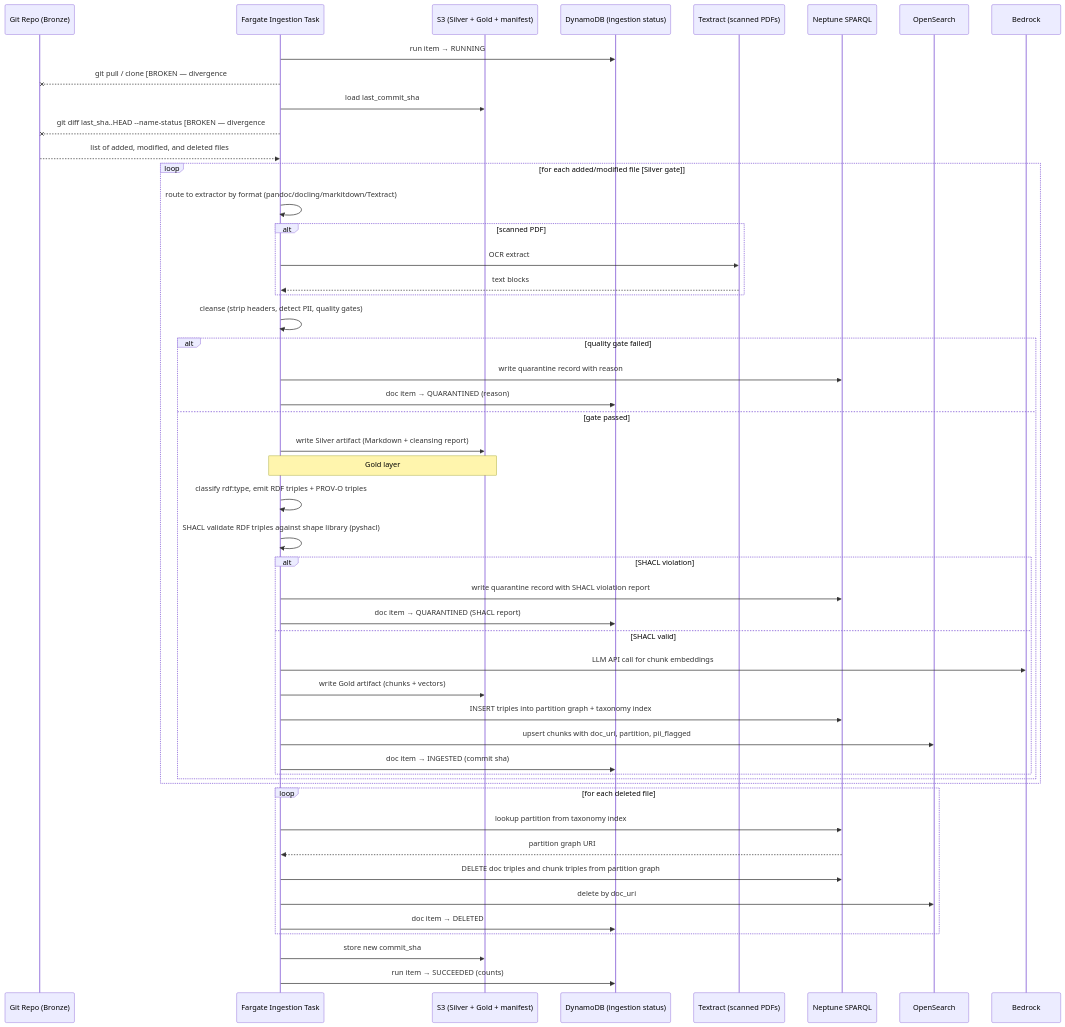
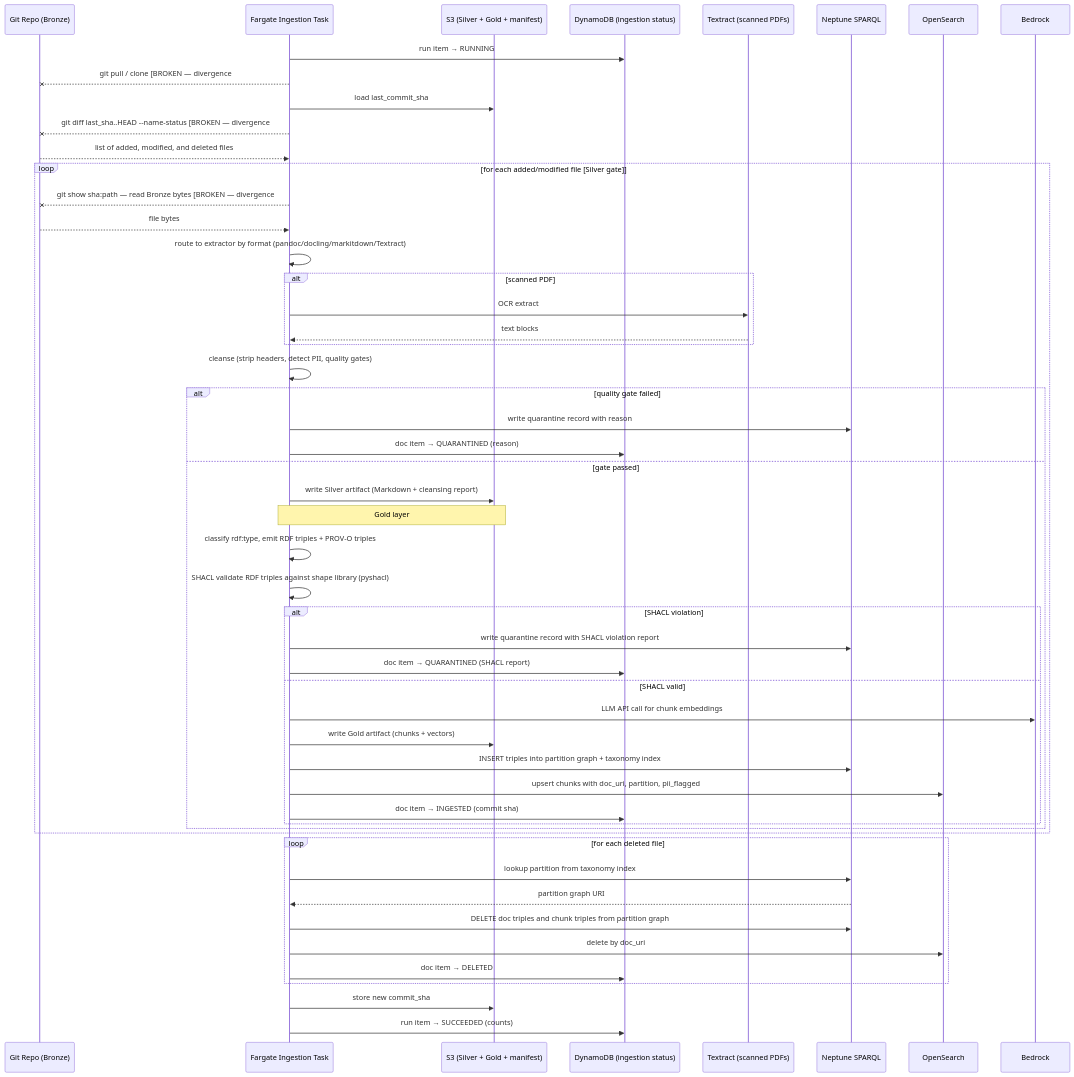
One commit to eugenelim/graphrag-aws-template changed the second of 2 diagrams in docs/architecture/biz-ops-knowledge-graph/ingestion.md. Above: the diagram before and after it, drawn with Mermaid. The commit also changed other lines of this file and 2 other files, not shown here.

````diff
--- a/docs/architecture/biz-ops-knowledge-graph/ingestion.md
+++ b/docs/architecture/biz-ops-knowledge-graph/ingestion.md
@@ -244,56 +267,58 @@
 ```mermaid
 sequenceDiagram
     participant G as Git Repo (Bronze)
     participant F as Fargate Ingestion Task
     participant S as S3 (Silver + Gold + manifest)
     participant DDB as DynamoDB (ingestion status)
     participant TX as Textract (scanned PDFs)
     participant NP as Neptune SPARQL
     participant OS as OpenSearch
     participant BD as Bedrock
 
     F->>DDB: run item → RUNNING
     F--XG: git pull / clone [BROKEN — divergence #2]
     F->>S: load last_commit_sha
-    F--XG: git diff last_sha..HEAD --name-status [BROKEN — divergence #2]
+    F--XG: git diff last_sha..HEAD --name-status [BROKEN — divergence #3]
     G-->>F: list of added, modified, and deleted files
 
     loop for each added/modified file [Silver gate]
+        F--XG: git show sha:path — read Bronze bytes [BROKEN — divergence #4]
+        G-->>F: file bytes
         F->>F: route to extractor by format (pandoc/docling/markitdown/Textract)
         alt scanned PDF
             F->>TX: OCR extract
             TX-->>F: text blocks
         end
         F->>F: cleanse (strip headers, detect PII, quality gates)
         alt quality gate failed
             F->>NP: write quarantine record with reason
             F->>DDB: doc item → QUARANTINED (reason)
         else gate passed
             F->>S: write Silver artifact (Markdown + cleansing report)
             Note over F,S: Gold layer
             F->>F: classify rdf:type, emit RDF triples + PROV-O triples
             F->>F: SHACL validate RDF triples against shape library (pyshacl)
             alt SHACL violation
                 F->>NP: write quarantine record with SHACL violation report
                 F->>DDB: doc item → QUARANTINED (SHACL report)
             else SHACL valid
                 F->>BD: LLM API call for chunk embeddings
                 F->>S: write Gold artifact (chunks + vectors)
                 F->>NP: INSERT triples into partition graph + taxonomy index
                 F->>OS: upsert chunks with doc_uri, partition, pii_flagged
                 F->>DDB: doc item → INGESTED (commit sha)
             end
         end
     end
 
     loop for each deleted file
         F->>NP: lookup partition from taxonomy index
         NP-->>F: partition graph URI
         F->>NP: DELETE doc triples and chunk triples from partition graph
         F->>OS: delete by doc_uri
         F->>DDB: doc item → DELETED
     end
 
     F->>S: store new commit_sha
     F->>DDB: run item → SUCCEEDED (counts)
 ```
````
